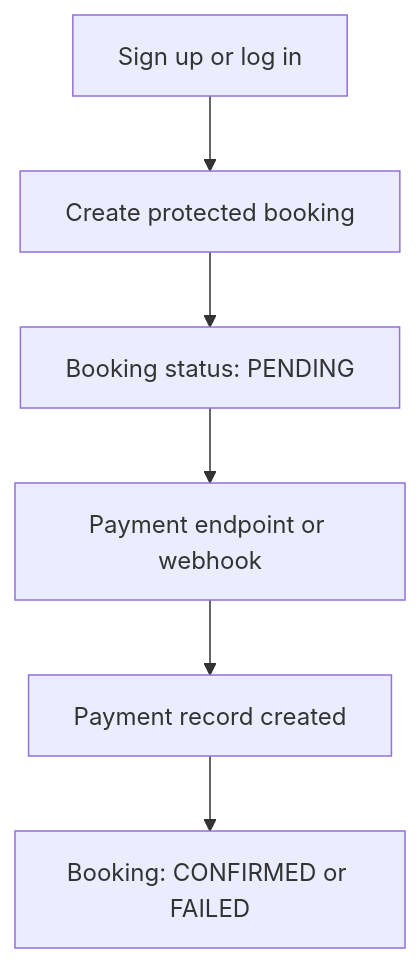
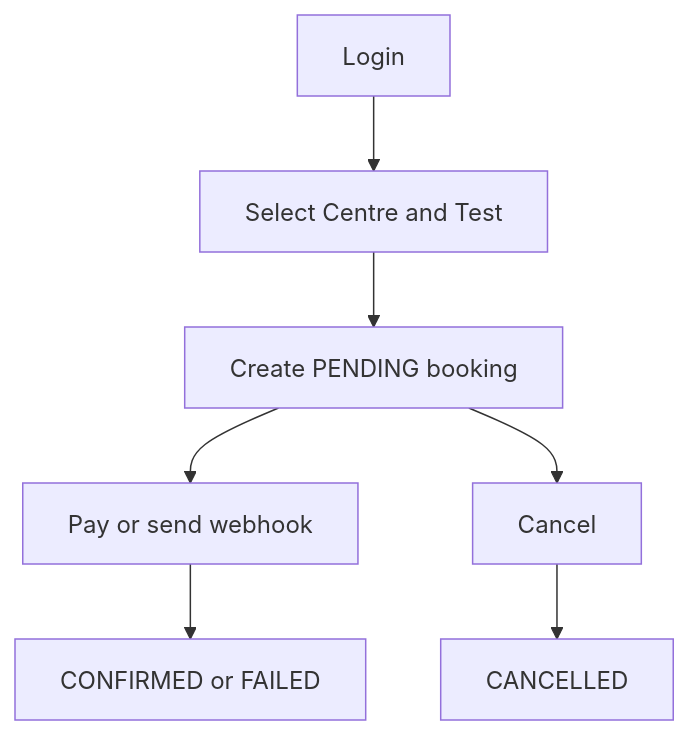
The diagram in README.md (jollyhub8278/EVE_sde_assignment), drawn with Mermaid before and after one commit. The commit also changed other lines of this file, not shown here.

````diff
--- a/README.md
+++ b/README.md
@@ -48,8 +22,9 @@
 ```mermaid
 flowchart TD
-    A["Sign up or log in"] --> B["Create protected booking"]
-    B --> C["Booking status: PENDING"]
-    C --> D["Payment endpoint or webhook"]
-    D --> E["Payment record created"]
-    E --> F["Booking: CONFIRMED or FAILED"]
+    A["Login"] --> T["Select Centre and Test"]
+    T --> B["Create PENDING booking"]
+    B --> C["Pay or send webhook"]
+    C --> D["CONFIRMED or FAILED"]
+    B --> E["Cancel"]
+    E --> F["CANCELLED"]
 ```
````
